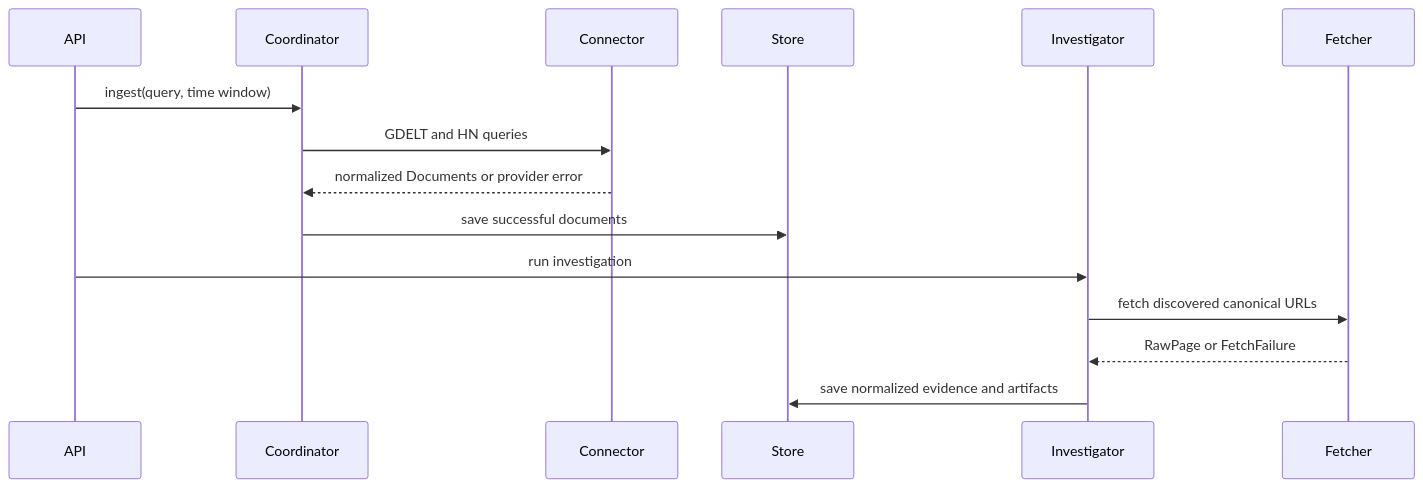
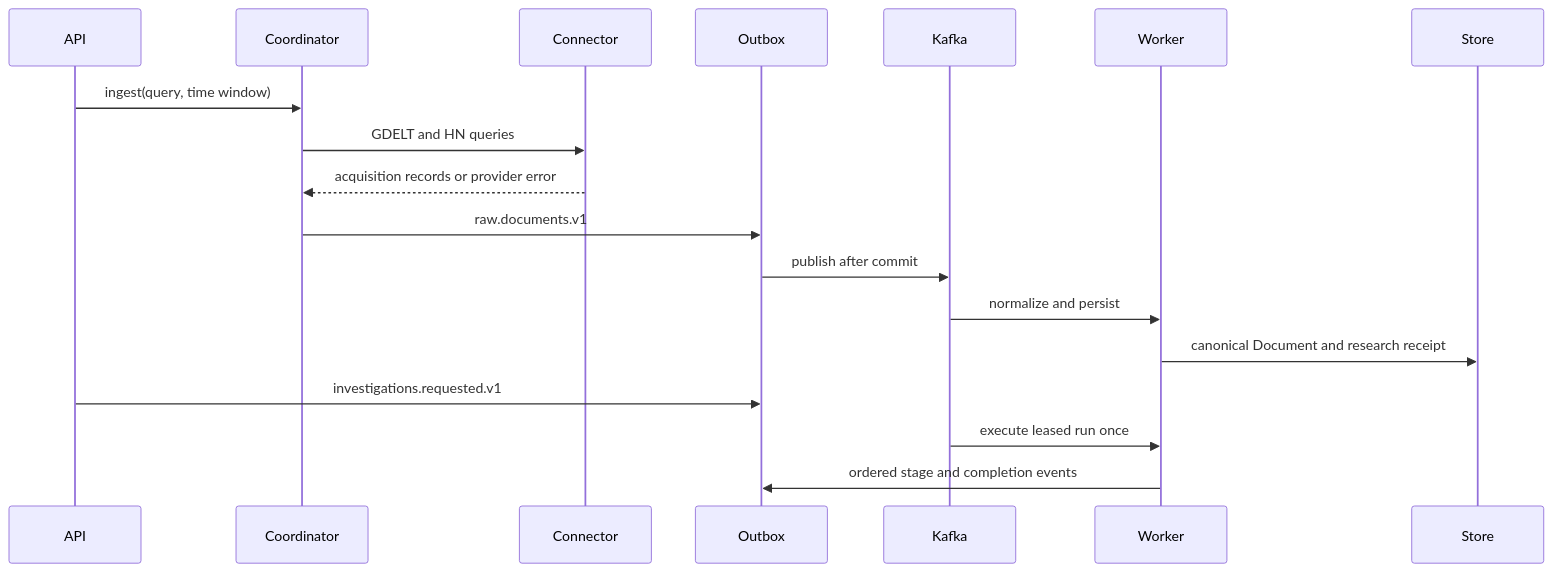
Before and after one commit to mnihad000/rhetoriq: the diagram in docs/SERVICES.md, drawn with Mermaid. The commit also changed other lines of this file and 14 other files, not shown here.

````diff
--- a/docs/SERVICES.md
+++ b/docs/SERVICES.md
@@ -26,18 +28,21 @@
 ```mermaid
 sequenceDiagram
     participant API
     participant Coordinator
     participant Connector
+    participant Outbox
+    participant Kafka
+    participant Worker
     participant Store
-    participant Investigator
-    participant Fetcher
 
     API->>Coordinator: ingest(query, time window)
     Coordinator->>Connector: GDELT and HN queries
-    Connector-->>Coordinator: normalized Documents or provider error
-    Coordinator->>Store: save successful documents
-    API->>Investigator: run investigation
-    Investigator->>Fetcher: fetch discovered canonical URLs
-    Fetcher-->>Investigator: RawPage or FetchFailure
-    Investigator->>Store: save normalized evidence and artifacts
+    Connector-->>Coordinator: acquisition records or provider error
+    Coordinator->>Outbox: raw.documents.v1
+    Outbox->>Kafka: publish after commit
+    Kafka->>Worker: normalize and persist
+    Worker->>Store: canonical Document and research receipt
+    API->>Outbox: investigations.requested.v1
+    Kafka->>Worker: execute leased run once
+    Worker->>Outbox: ordered stage and completion events
 ```
````
